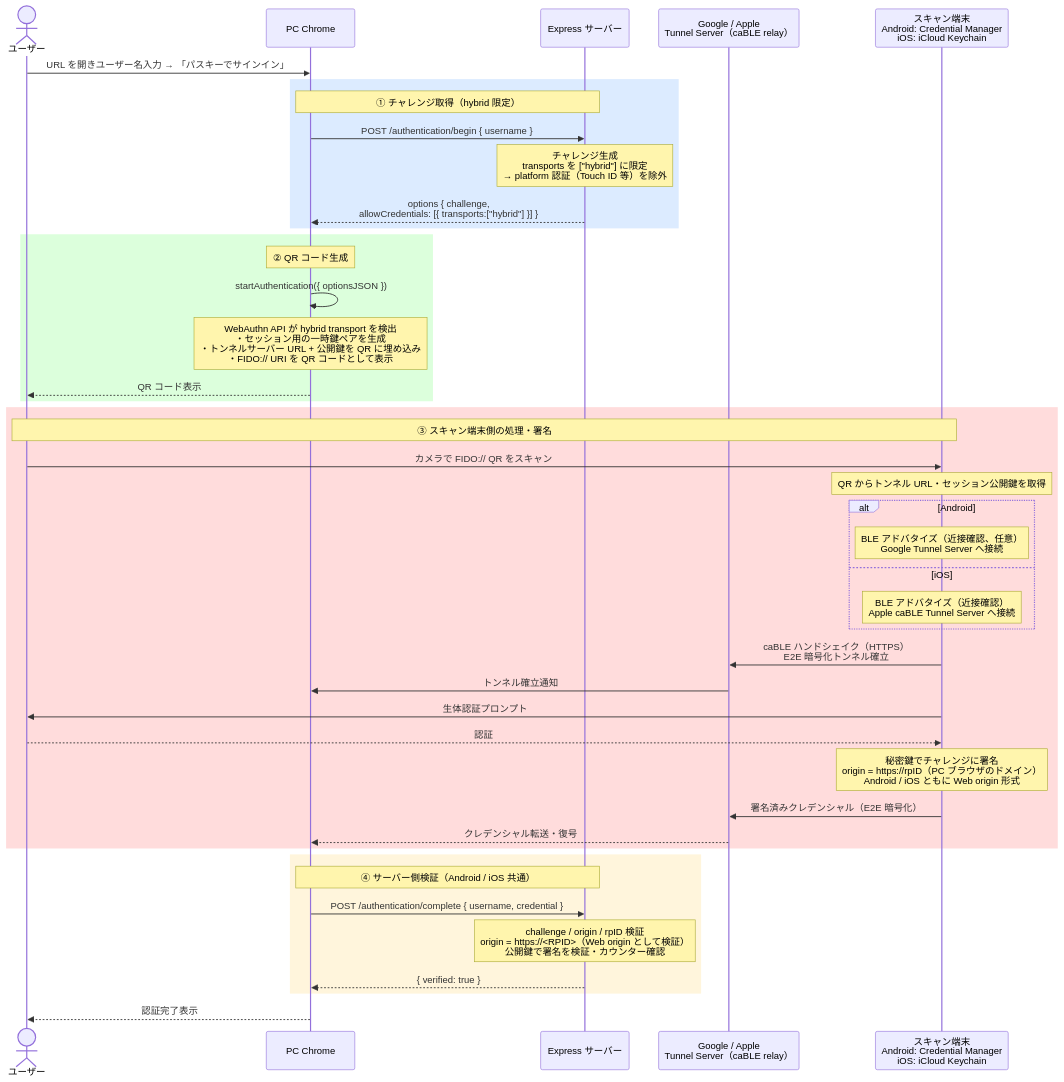
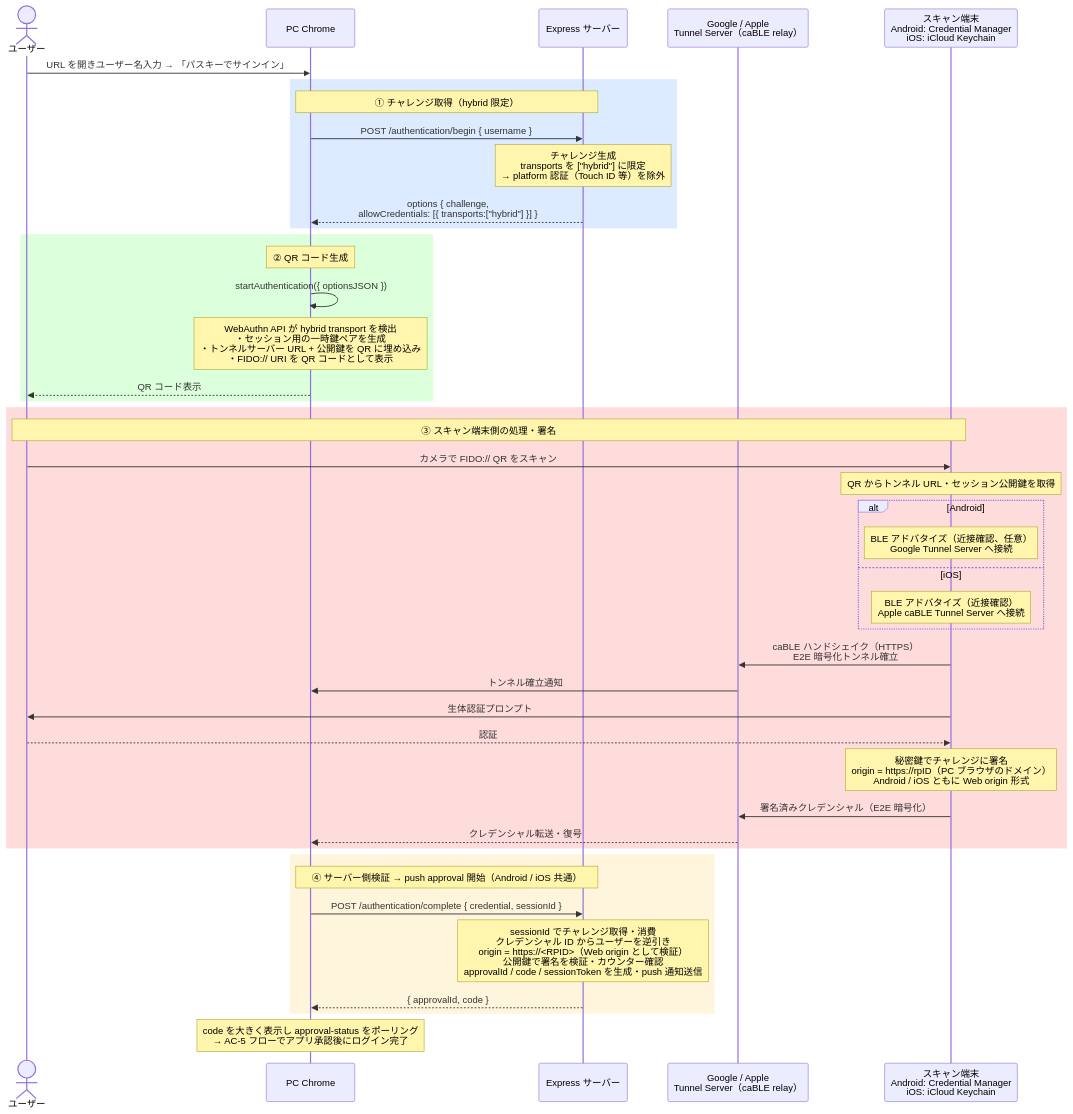
The fourth of 8 diagrams in README.md (taka1226s/passkey-poc), drawn with Mermaid before and after one commit. The commit also changed other lines of this file and 21 other files, not shown here.

````diff
--- a/README.md
+++ b/README.md
@@ -458,51 +471,51 @@
 ```mermaid
 sequenceDiagram
     actor User as ユーザー
     participant Browser as PC Chrome
     participant Server as Express サーバー
     participant GTS as Google / Apple<br/>Tunnel Server（caBLE relay）
     participant CM as スキャン端末<br/>Android: Credential Manager<br/>iOS: iCloud Keychain
 
     User->>Browser: URL を開きユーザー名入力 → 「パスキーでサインイン」
 
     rect rgb(220, 235, 255)
         Note over Browser,Server: ① チャレンジ取得（hybrid 限定）
         Browser->>Server: POST /authentication/begin { username }
         Note over Server: チャレンジ生成<br/>transports を ["hybrid"] に限定<br/>→ platform 認証（Touch ID 等）を除外
         Server-->>Browser: options { challenge,<br/>allowCredentials: [{ transports:["hybrid"] }] }
     end
 
     rect rgb(220, 255, 220)
         Note over Browser: ② QR コード生成
         Browser->>Browser: startAuthentication({ optionsJSON })
         Note over Browser: WebAuthn API が hybrid transport を検出<br/>・セッション用の一時鍵ペアを生成<br/>・トンネルサーバー URL + 公開鍵を QR に埋め込み<br/>・FIDO:// URI を QR コードとして表示
         Browser-->>User: QR コード表示
     end
 
     rect rgb(255, 220, 220)
         Note over User,CM: ③ スキャン端末側の処理・署名
         User->>CM: カメラで FIDO:// QR をスキャン
         Note over CM: QR からトンネル URL・セッション公開鍵を取得
         alt Android
             Note over CM: BLE アドバタイズ（近接確認、任意）<br/>Google Tunnel Server へ接続
         else iOS
             Note over CM: BLE アドバタイズ（近接確認）<br/>Apple caBLE Tunnel Server へ接続
         end
         CM->>GTS: caBLE ハンドシェイク（HTTPS）<br/>E2E 暗号化トンネル確立
         GTS->>Browser: トンネル確立通知
         CM->>User: 生体認証プロンプト
         User-->>CM: 認証
         Note over CM: 秘密鍵でチャレンジに署名<br/>origin = https://rpID（PC ブラウザのドメイン）<br/>Android / iOS ともに Web origin 形式
         CM->>GTS: 署名済みクレデンシャル（E2E 暗号化）
         GTS-->>Browser: クレデンシャル転送・復号
     end
 
     rect rgb(255, 245, 220)
-        Note over Browser,Server: ④ サーバー側検証（Android / iOS 共通）
-        Browser->>Server: POST /authentication/complete { username, credential }
-        Note over Server: challenge / origin / rpID 検証<br/>origin = https://<RPID>（Web origin として検証）<br/>公開鍵で署名を検証・カウンター確認
-        Server-->>Browser: { verified: true }
+        Note over Browser,Server: ④ サーバー側検証 → push approval 開始（Android / iOS 共通）
+        Browser->>Server: POST /authentication/complete { credential, sessionId }
+        Note over Server: sessionId でチャレンジ取得・消費<br/>クレデンシャル ID からユーザーを逆引き<br/>origin = https://<RPID>（Web origin として検証）<br/>公開鍵で署名を検証・カウンター確認<br/>approvalId / code / sessionToken を生成・push 通知送信
+        Server-->>Browser: { approvalId, code }
     end
 
-    Browser-->>User: 認証完了表示
+    Note over Browser: code を大きく表示し approval-status をポーリング<br/>→ AC-5 フローでアプリ承認後にログイン完了
 ```
````
